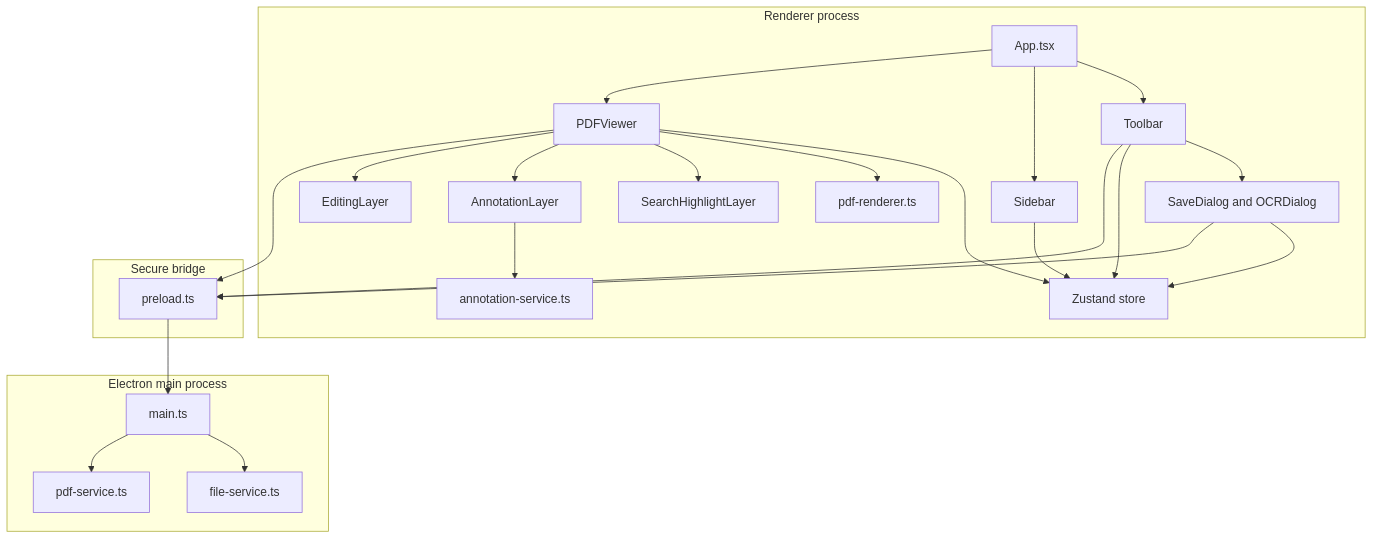
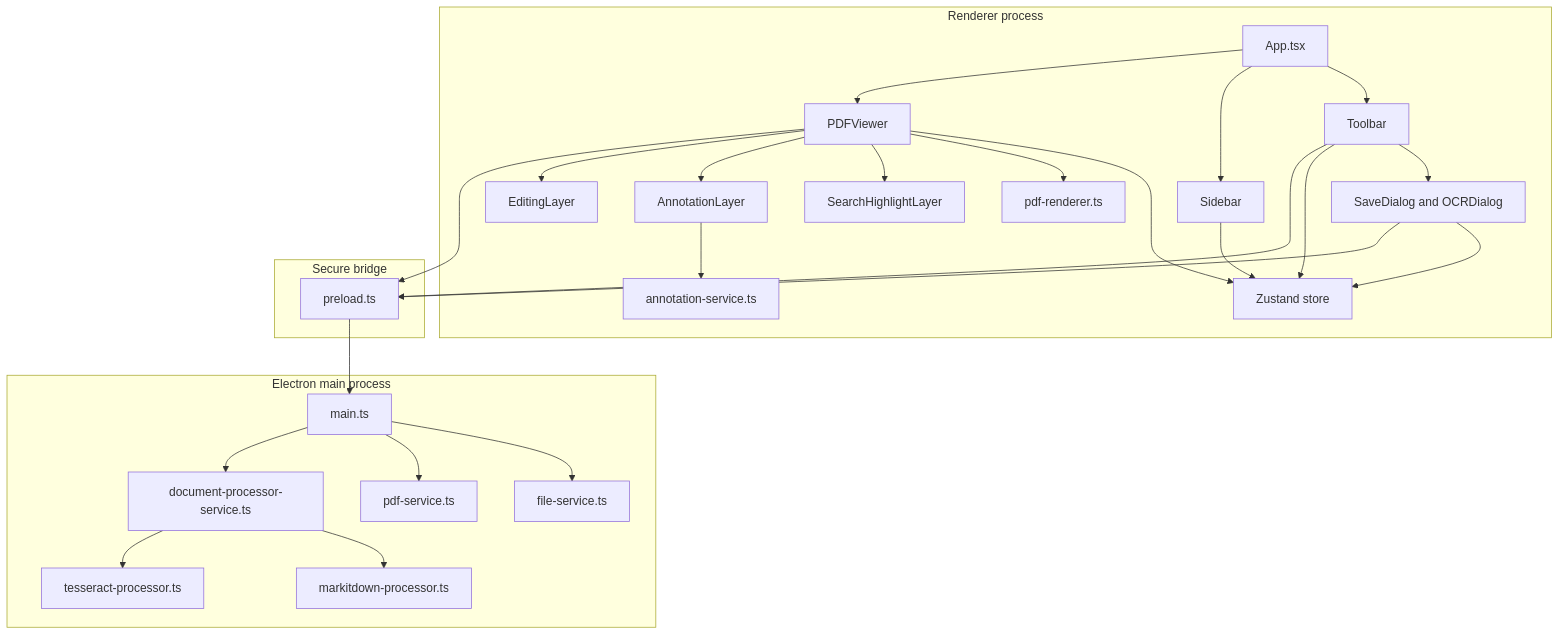
The first of 8 diagrams in ARCHITECTURE.md (jana1998/portable-document-formatter), drawn with Mermaid before and after one commit. The commit also changed other lines of this file and 8 other files, not shown here.

First line of the commit message:
feat: Implement Document Processor Abstraction Layer (Phase 1.2)

````diff
--- a/ARCHITECTURE.md
+++ b/ARCHITECTURE.md
@@ -7,46 +7,52 @@
 ```mermaid
 flowchart TB
     subgraph Renderer["Renderer process"]
         App[App.tsx]
         Toolbar[Toolbar]
         Sidebar[Sidebar]
         Viewer[PDFViewer]
         SearchLayer[SearchHighlightLayer]
         AnnotationLayer[AnnotationLayer]
         EditingLayer[EditingLayer]
         Dialogs[SaveDialog and OCRDialog]
         Store[Zustand store]
         PDFRenderer[pdf-renderer.ts]
         AnnotationService[annotation-service.ts]
     end
 
     subgraph Bridge["Secure bridge"]
         Preload[preload.ts]
     end
 
     subgraph Main["Electron main process"]
         MainEntry[main.ts]
         FileService[file-service.ts]
         PDFService[pdf-service.ts]
+        DocumentProcessorService[document-processor-service.ts]
+        MarkItDownProcessor[markitdown-processor.ts]
+        TesseractProcessor[tesseract-processor.ts]
     end
 
     App --> Toolbar
     App --> Sidebar
     App --> Viewer
     Toolbar --> Dialogs
     Toolbar --> Store
     Sidebar --> Store
     Viewer --> Store
     Viewer --> PDFRenderer
     Viewer --> SearchLayer
     Viewer --> AnnotationLayer
     Viewer --> EditingLayer
     AnnotationLayer --> AnnotationService
     Dialogs --> Store
     Toolbar --> Preload
     Viewer --> Preload
     Dialogs --> Preload
     Preload --> MainEntry
     MainEntry --> FileService
     MainEntry --> PDFService
+    MainEntry --> DocumentProcessorService
+    DocumentProcessorService --> MarkItDownProcessor
+    DocumentProcessorService --> TesseractProcessor
 ```
````
